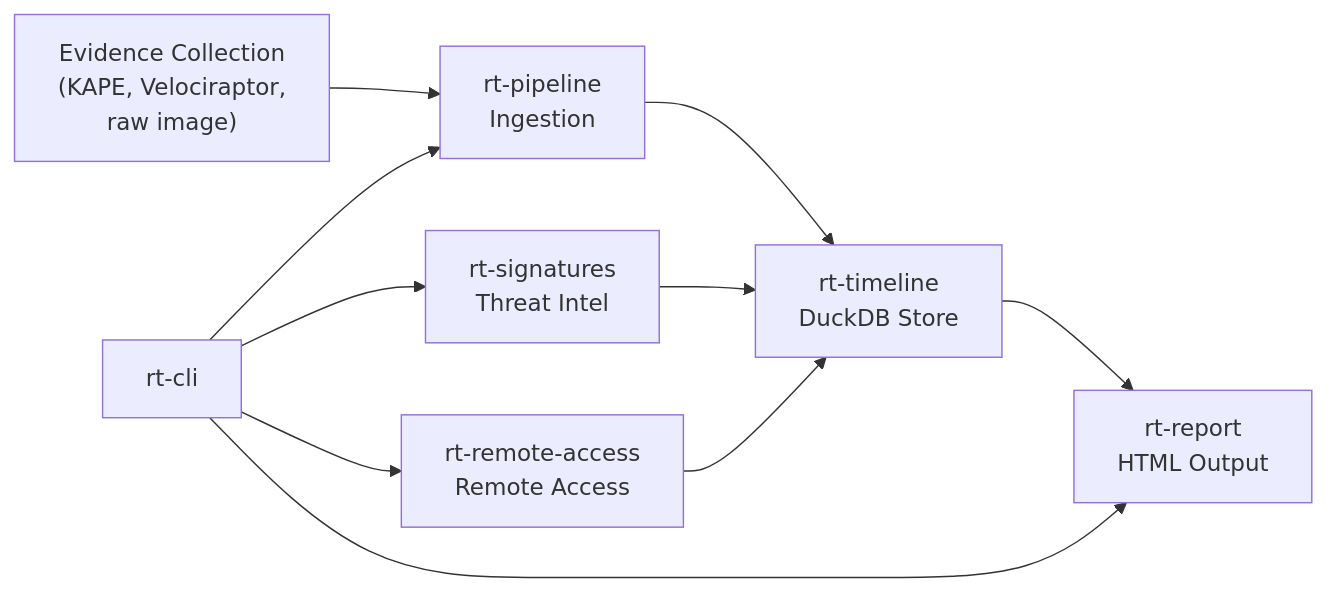
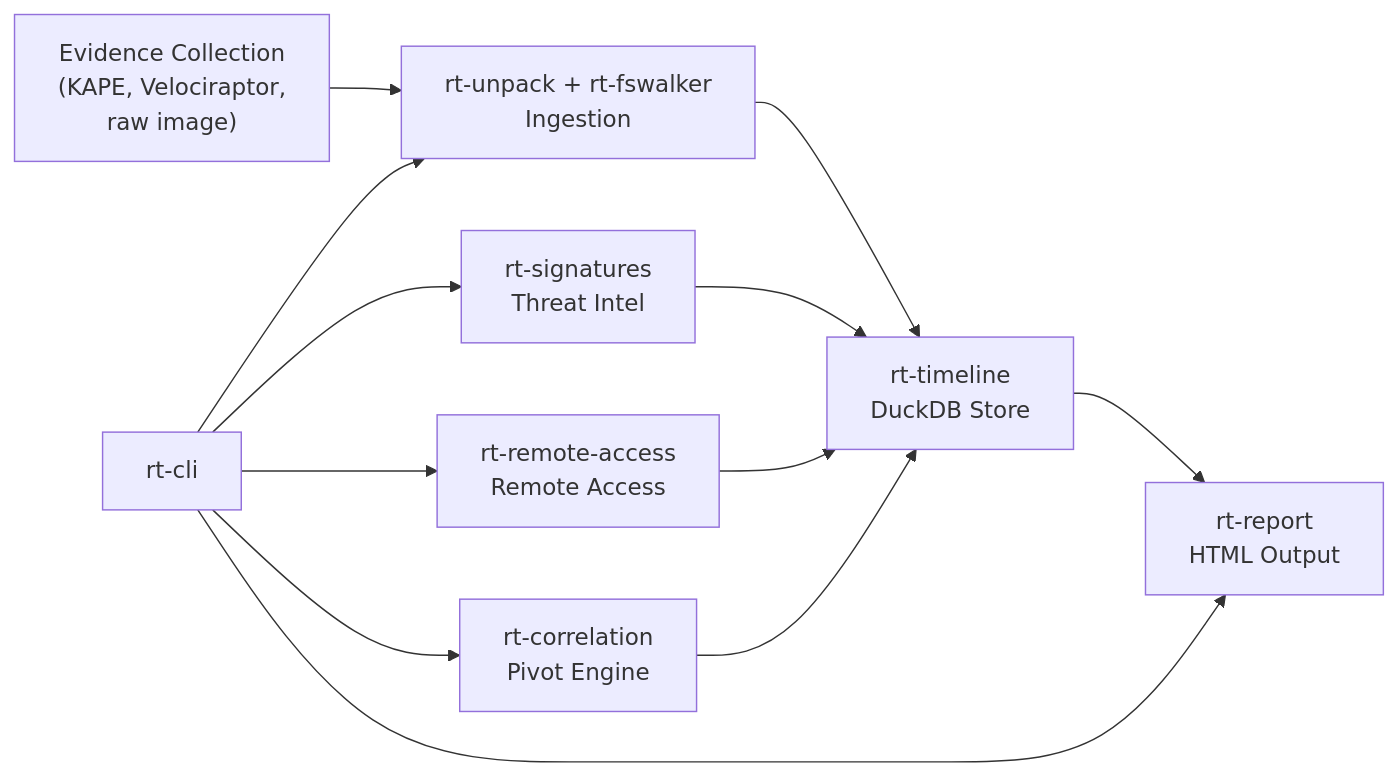
The first of 8 diagrams in docs/ARCHITECTURE.md (jwu29/issen), drawn with Mermaid before and after one commit. The commit also changed other lines of this file and 1 other file, not shown here.

First line of the commit message:
docs: update README and ARCHITECTURE to reflect current 24-crate workspace

````diff
--- a/docs/ARCHITECTURE.md
+++ b/docs/ARCHITECTURE.md
@@ -9,20 +11,23 @@
 ```mermaid
 flowchart LR
     Evidence["Evidence Collection\n(KAPE, Velociraptor,\nraw image)"]
-    Pipeline["rt-pipeline\nIngestion"]
+    Ingest["rt-unpack + rt-fswalker\nIngestion"]
     Timeline["rt-timeline\nDuckDB Store"]
     Sigs["rt-signatures\nThreat Intel"]
     RA["rt-remote-access\nRemote Access"]
+    Corr["rt-correlation\nPivot Engine"]
     Report["rt-report\nHTML Output"]
     CLI["rt-cli"]
 
-    CLI --> Pipeline
+    CLI --> Ingest
     CLI --> Sigs
     CLI --> RA
+    CLI --> Corr
     CLI --> Report
-    Evidence --> Pipeline
-    Pipeline --> Timeline
+    Evidence --> Ingest
+    Ingest --> Timeline
     Sigs --> Timeline
     RA --> Timeline
+    Corr --> Timeline
     Timeline --> Report
 ```
````
